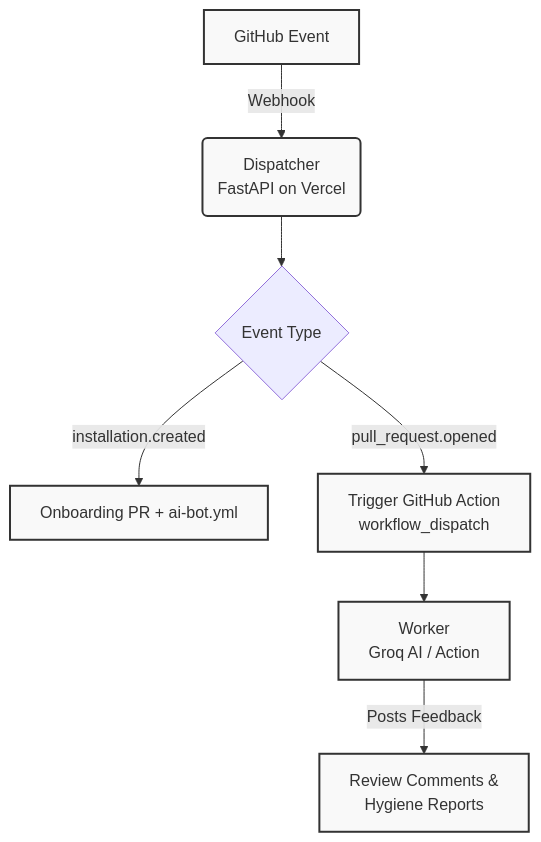
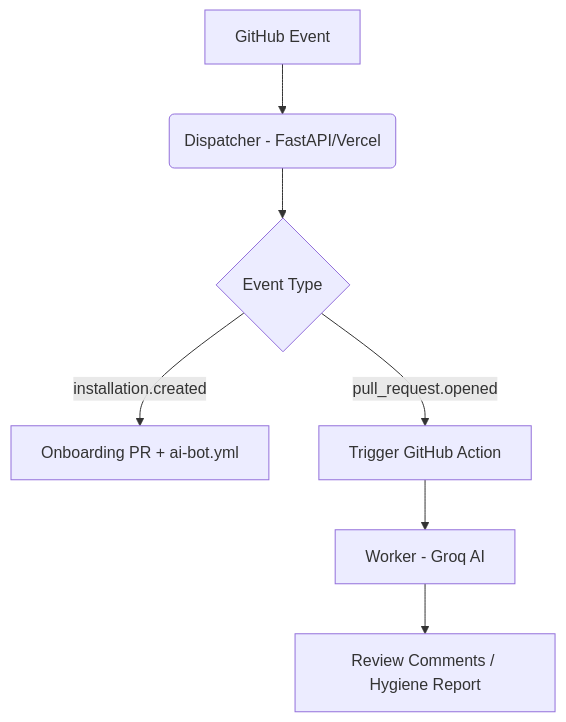
The diagram in README.md (shrujaya/repo-ranger), drawn with Mermaid before and after one commit. The commit also changed other lines of this file and 3 other files, not shown here.

````diff
--- a/README.md
+++ b/README.md
@@ -32,15 +17,9 @@
 ```mermaid
 graph TD
-    classDef highlight fill:#f9f9f9,stroke:#333,stroke-width:2px;
-    A[GitHub Event] -->|Webhook| B(Dispatcher<br/>FastAPI on Vercel)
-    
+    A[GitHub Event] --> B(Dispatcher - FastAPI/Vercel)
     B --> C{Event Type}
-    
     C -- installation.created --> D[Onboarding PR + ai-bot.yml]
-    C -- pull_request.opened --> E[Trigger GitHub Action<br/>workflow_dispatch]
-    
-    E --> F[Worker<br/>Groq AI / Action]
-    F -->|Posts Feedback| G[Review Comments &<br/>Hygiene Reports]
-    
-    class A,B,D,E,F,G highlight;
+    C -- pull_request.opened --> E[Trigger GitHub Action]
+    E --> F[Worker - Groq AI]
+    F --> G[Review Comments / Hygiene Report]
 ```
````
